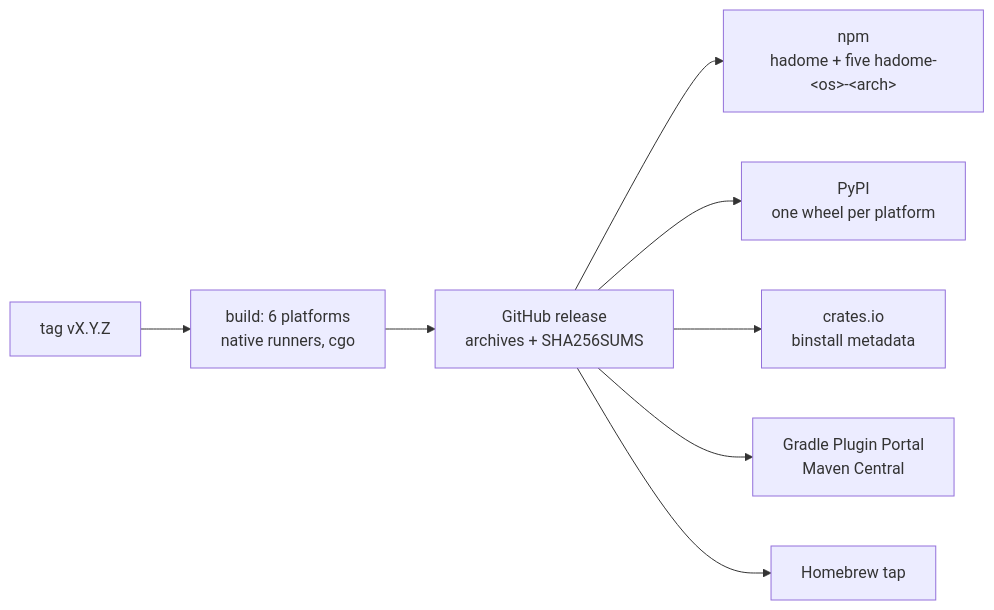
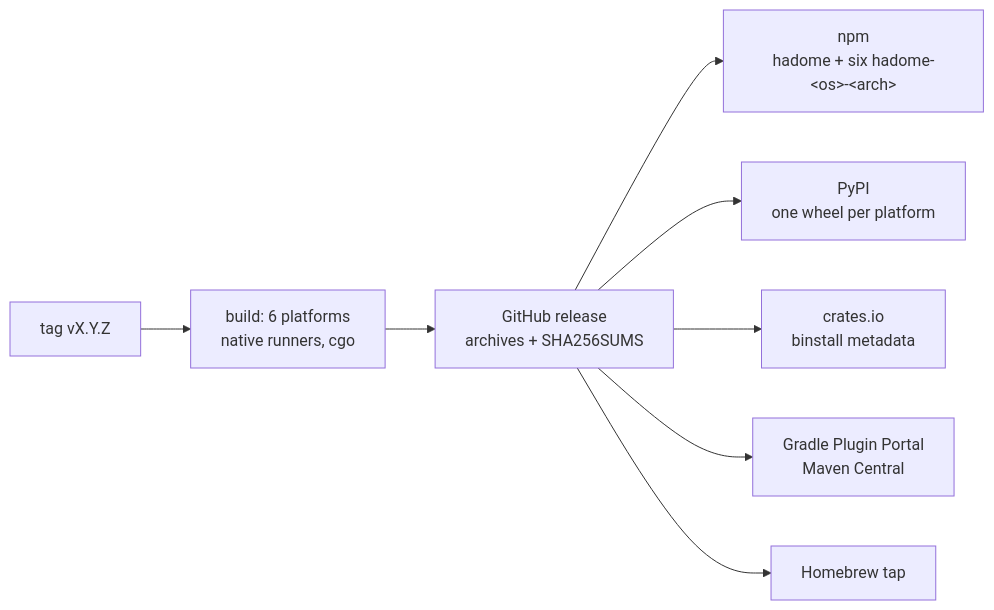
The first of 2 diagrams in docs/design/distribution.md (rerorets/hadome), drawn with Mermaid before and after one commit. The commit also changed other lines of this file and 1 other file, not shown here.

Commit message:
The distribution design counts six npm platform packages, including win32-arm64

````diff
--- a/docs/design/distribution.md
+++ b/docs/design/distribution.md
@@ -45,10 +45,10 @@
 ```mermaid
 flowchart LR
   T["tag vX.Y.Z"] --> B["build: 6 platforms<br/>native runners, cgo"]
   B --> R["GitHub release<br/>archives + SHA256SUMS"]
-  R --> N["npm<br/>hadome + five hadome-&lt;os&gt;-&lt;arch&gt;"]
+  R --> N["npm<br/>hadome + six hadome-&lt;os&gt;-&lt;arch&gt;"]
   R --> P["PyPI<br/>one wheel per platform"]
   R --> C["crates.io<br/>binstall metadata"]
   R --> J["Gradle Plugin Portal<br/>Maven Central"]
   R --> H["Homebrew tap"]
 ```
````
